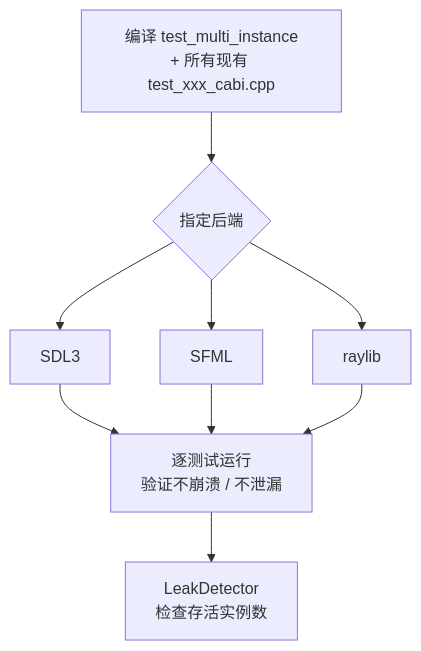
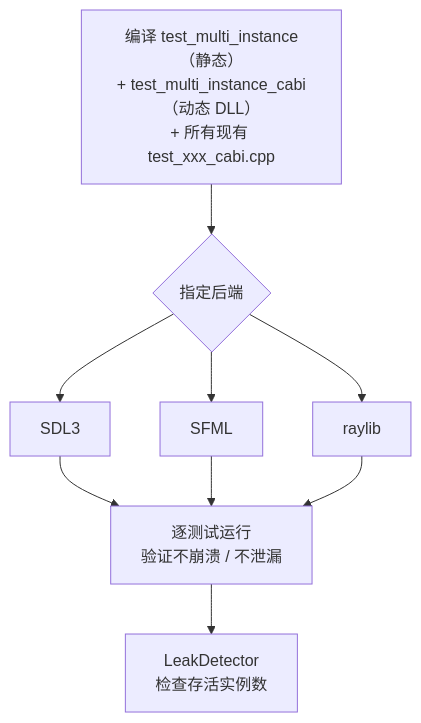
Before and after one commit to SeaOceanLiu/UIControls: the third of 4 diagrams in doc/CABI_MultiInstance_Design.md, drawn with Mermaid. The commit also changed other lines of this file and 21 other files, not shown here.

````diff
--- a/doc/CABI_MultiInstance_Design.md
+++ b/doc/CABI_MultiInstance_Design.md
@@ -1473,11 +1505,11 @@
 ```mermaid
 flowchart TD
-    A["编译 test_multi_instance<br/>+ 所有现有 test_xxx_cabi.cpp"] --> B{"指定后端"}
+    A["编译 test_multi_instance（静态）<br/>+ test_multi_instance_cabi（动态 DLL）<br/>+ 所有现有 test_xxx_cabi.cpp"] --> B{"指定后端"}
     B --> C["SDL3"]
     B --> D["SFML"]
     B --> E["raylib"]
     C --> F["逐测试运行<br/>验证不崩溃 / 不泄漏"]
     D --> F
     E --> F
     F --> G["LeakDetector<br/>检查存活实例数"]
 ```
````
